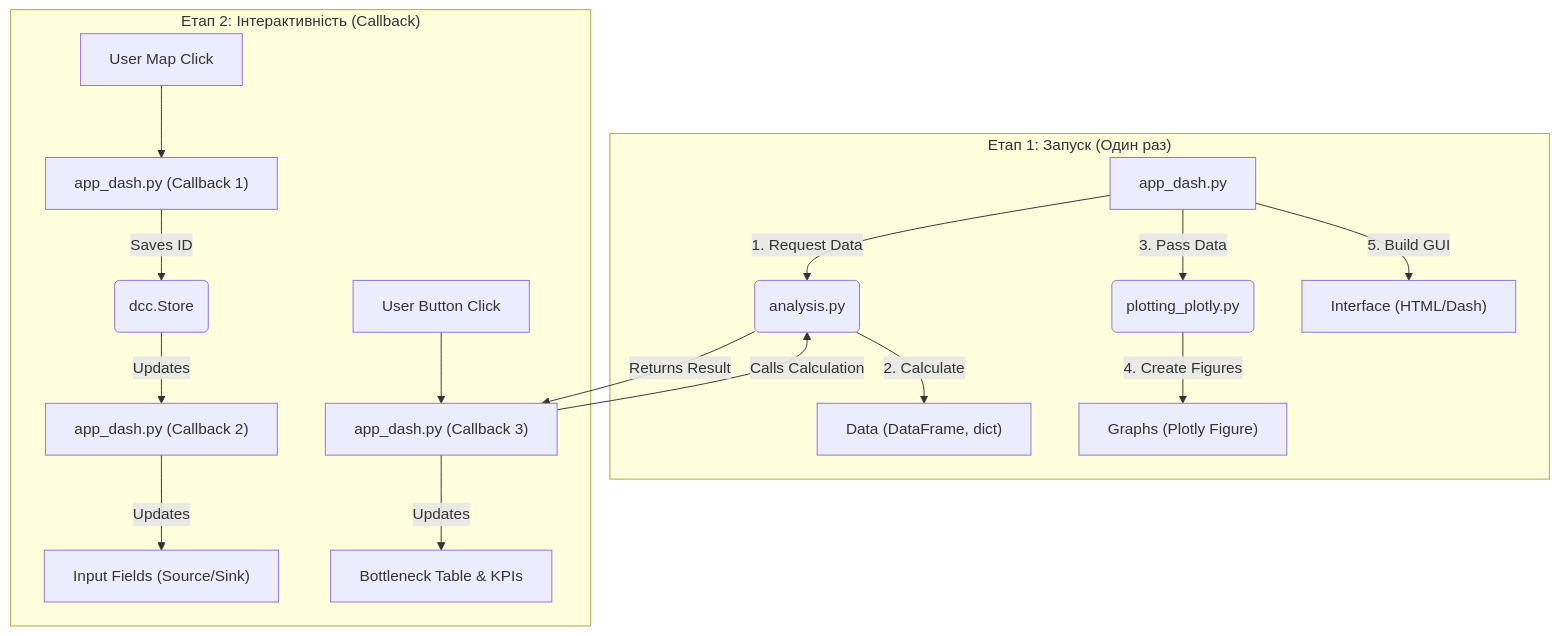
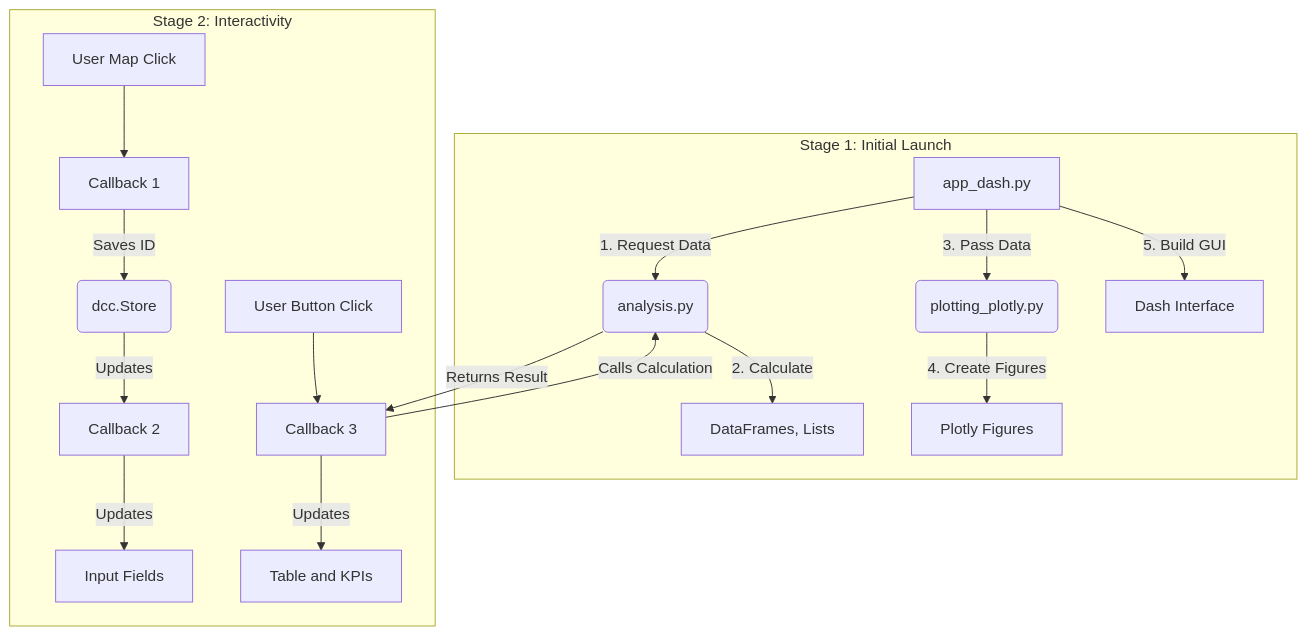
Before and after one commit to Lutvunenko-Dmutro/EnergyGrid-Analytics-Dashboard: the diagram in CODE_ARCHITECTURE.md, drawn with Mermaid. The commit also changed other lines of this file, not shown here.

Commit message:
Update CODE_ARCHITECTURE.md with new content

````diff
--- a/CODE_ARCHITECTURE.md
+++ b/CODE_ARCHITECTURE.md
@@ -9,21 +9,21 @@
 ```mermaid
 graph TD;
-    subgraph "Етап 1: Запуск (Один раз)"
+    subgraph "Stage 1: Initial Launch"
         A[app_dash.py] -- "1. Request Data" --> B(analysis.py);
-        B -- "2. Calculate" --> C["Data (DataFrame, dict)"];
+        B -- "2. Calculate" --> C["DataFrames, Lists"];
         A -- "3. Pass Data" --> D(plotting_plotly.py);
-        D -- "4. Create Figures" --> E["Graphs (Plotly Figure)"];
-        A -- "5. Build GUI" --> F["Interface (HTML/Dash)"];
+        D -- "4. Create Figures" --> E["Plotly Figures"];
+        A -- "5. Build GUI" --> F["Dash Interface"];
     end
 
-    subgraph "Етап 2: Інтерактивність (Callback)"
-        G["User Map Click"] --> H["app_dash.py (Callback 1)"];
+    subgraph "Stage 2: Interactivity"
+        G["User Map Click"] --> H["Callback 1"];
         H -- "Saves ID" --> I(dcc.Store);
-        I -- "Updates" --> J["app_dash.py (Callback 2)"];
-        J -- "Updates" --> K["Input Fields (Source/Sink)"];
-        L["User Button Click"] --> M["app_dash.py (Callback 3)"];
+        I -- "Updates" --> J["Callback 2"];
+        J -- "Updates" --> K["Input Fields"];
+        L["User Button Click"] --> M["Callback 3"];
         M -- "Calls Calculation" --> B;
         B -- "Returns Result" --> M;
-        M -- "Updates" --> N["Bottleneck Table & KPIs"];
+        M -- "Updates" --> N["Table and KPIs"];
     end
 ```
````
